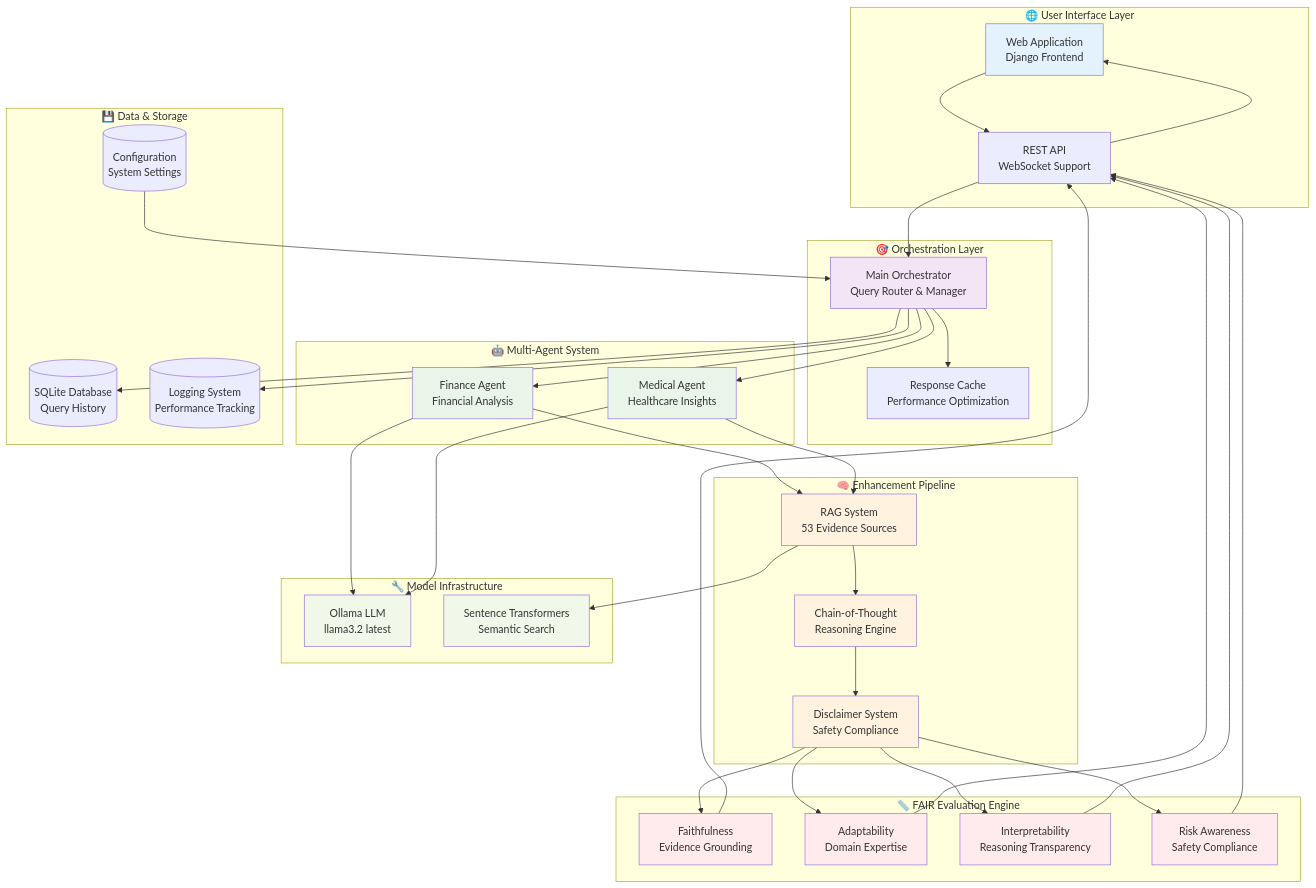
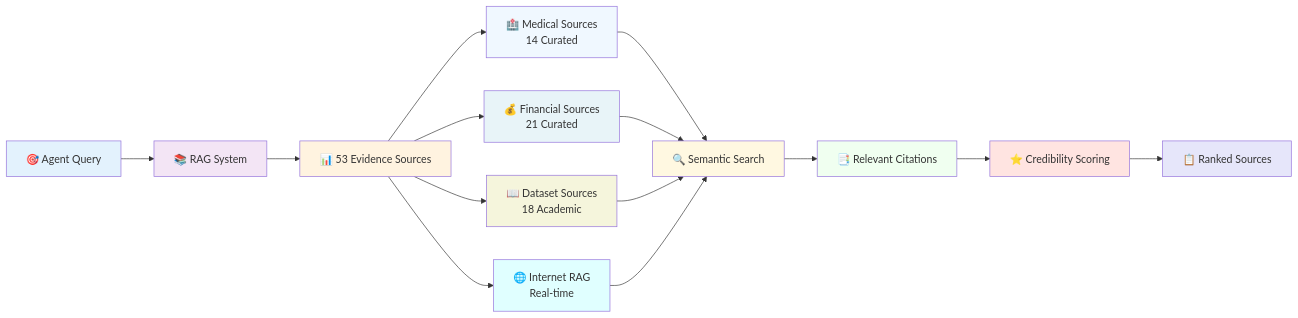
One commit to somesh-ghaturle/Fair-Agent changed the fifth of 10 diagrams in README.md. Above: the diagram before and after it, drawn with Mermaid. The commit also changed other lines of this file and 11 other files, not shown here.

````diff
--- a/README.md
+++ b/README.md
@@ -198,87 +136,31 @@
 ```mermaid
-graph TB
-    subgraph "🌐 User Interface Layer"
-        UI[Web Application<br/>Django Frontend]
-        API[REST API<br/>WebSocket Support]
-    end
+flowchart LR
+    A[🎯 Agent Query] --> B[📚 RAG System]
+    B --> C[📊 53 Evidence Sources]
     
-    subgraph "🎯 Orchestration Layer"
-        ORCH[Main Orchestrator<br/>Query Router & Manager]
-        CACHE[Response Cache<br/>Performance Optimization]
-    end
+    C --> D[🏥 Medical Sources<br/>14 Curated]
+    C --> E[💰 Financial Sources<br/>21 Curated]
+    C --> F[📖 Dataset Sources<br/>18 Academic]
+    C --> G[🌐 Internet RAG<br/>Real-time]
     
-    subgraph "🤖 Multi-Agent System"
-        FA[Finance Agent<br/>Financial Analysis]
-        MA[Medical Agent<br/>Healthcare Insights]
-    end
+    D --> H[🔍 Semantic Search]
+    E --> H
+    F --> H
+    G --> H
     
-    subgraph "🧠 Enhancement Pipeline"
-        RAG[RAG System<br/>53 Evidence Sources]
-        COT[Chain-of-Thought<br/>Reasoning Engine]
-        DISC[Disclaimer System<br/>Safety Compliance]
-    end
+    H --> I[📑 Relevant Citations]
+    I --> J[⭐ Credibility Scoring]
+    J --> K[📋 Ranked Sources]
     
-    subgraph "📏 FAIR Evaluation Engine"
-        FAITH[Faithfulness<br/>Evidence Grounding]
-        ADAPT[Adaptability<br/>Domain Expertise]
-        INTERP[Interpretability<br/>Reasoning Transparency]
-        RISK[Risk Awareness<br/>Safety Compliance]
-    end
-    
-    subgraph "💾 Data & Storage"
-        DB[(SQLite Database<br/>Query History)]
-        LOGS[(Logging System<br/>Performance Tracking)]
-        CONFIG[(Configuration<br/>System Settings)]
-    end
-    
-    subgraph "🔧 Model Infrastructure"
-        LLM[Ollama LLM<br/>llama3.2 latest]
-        EMBED[Sentence Transformers<br/>Semantic Search]
-    end
-    
-    UI --> API
-    API --> ORCH
-    ORCH --> CACHE
-    ORCH --> FA
-    ORCH --> MA
-    
-    FA --> RAG
-    MA --> RAG
-    
-    RAG --> EMBED
-    RAG --> COT
-    COT --> DISC
-    
-    FA --> LLM
-    MA --> LLM
-    
-    DISC --> FAITH
-    DISC --> ADAPT  
-    DISC --> INTERP
-    DISC --> RISK
-    
-    FAITH --> API
-    ADAPT --> API
-    INTERP --> API
-    RISK --> API
-    
-    ORCH --> DB
-    ORCH --> LOGS
-    CONFIG --> ORCH
-    
-    API --> UI
-    
-    style UI fill:#e3f2fd
-    style ORCH fill:#f3e5f5
-    style FA fill:#e8f5e8
-    style MA fill:#e8f5e8
-    style RAG fill:#fff3e0
-    style COT fill:#fff3e0
-    style DISC fill:#fff3e0
-    style FAITH fill:#ffebee
-    style ADAPT fill:#ffebee
-    style INTERP fill:#ffebee
-    style RISK fill:#ffebee
-    style LLM fill:#f1f8e9
-    style EMBED fill:#f1f8e9
+    style A fill:#e3f2fd
+    style B fill:#f3e5f5
+    style C fill:#fff3e0
+    style D fill:#f0f8ff
+    style E fill:#e8f4f8
+    style F fill:#f5f5dc
+    style G fill:#e0ffff
+    style H fill:#fff8e1
+    style I fill:#f0fff0
+    style J fill:#ffe4e1
+    style K fill:#e6e6fa
 ```
````
